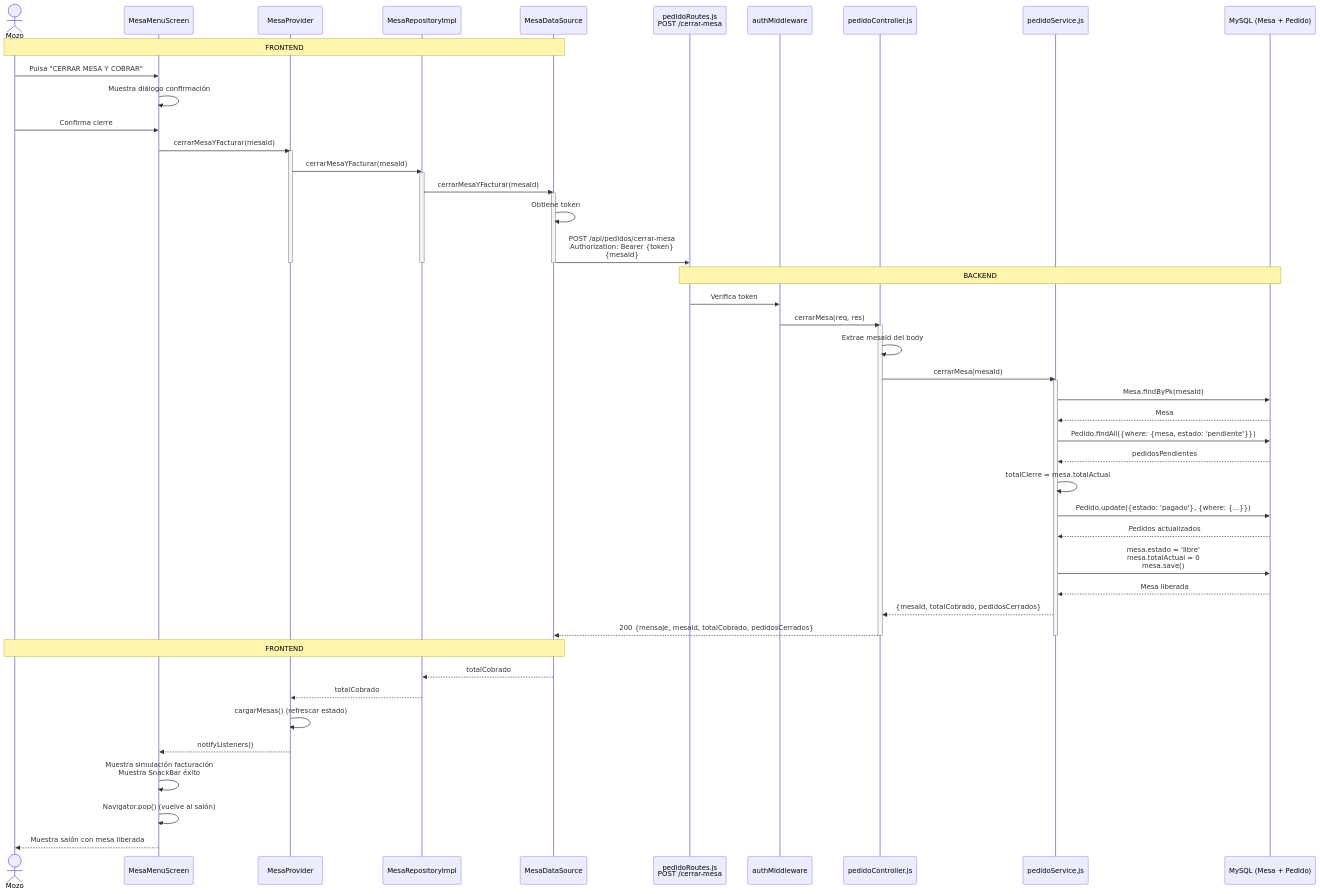
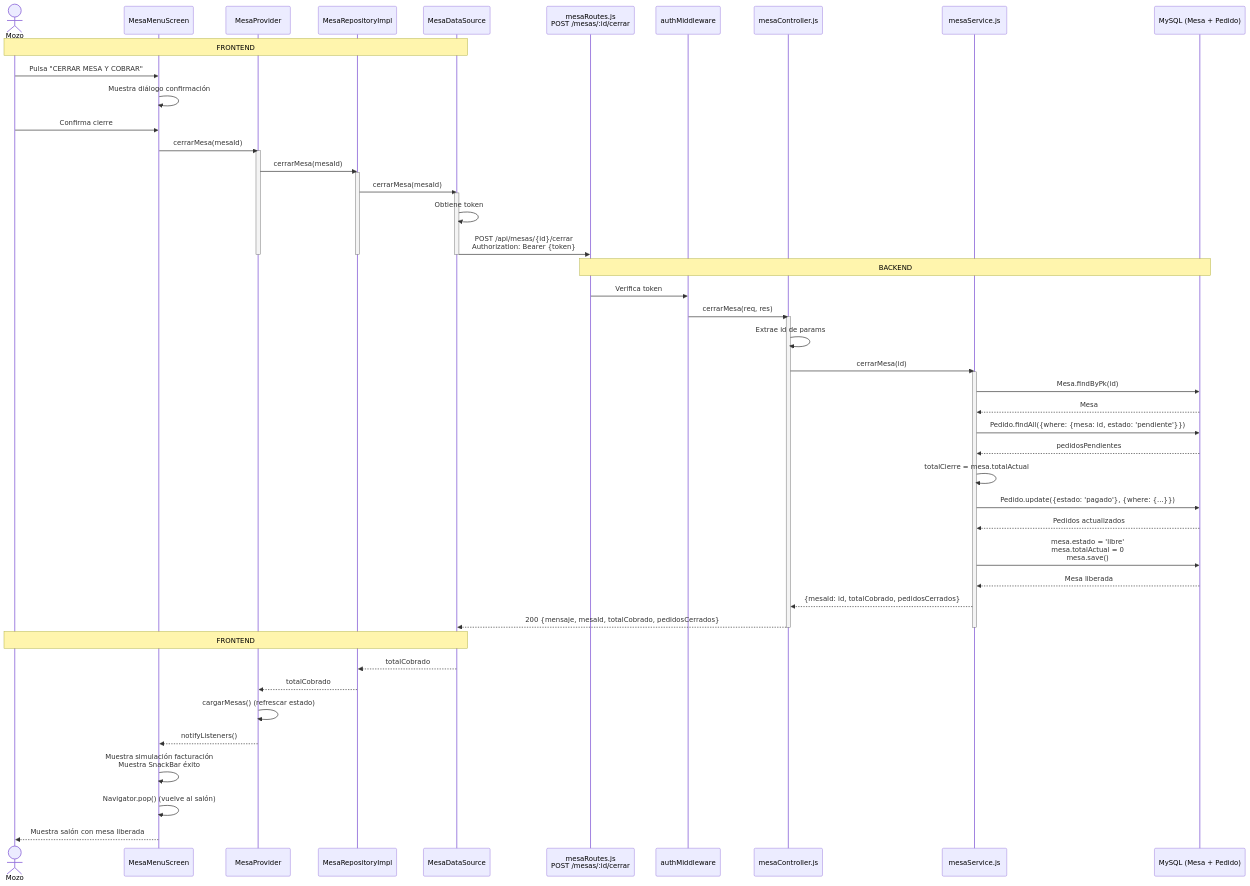
Before and after one commit to Dante-Patroni/el-buen-sabor-mobile: diagram 15 of 15 in docs/Diagramas_Flujo_Backend.md, drawn with Mermaid. The commit also changed other lines of this file and 41 other files, not shown here.

````diff
--- a/docs/Diagramas_Flujo_Backend.md
+++ b/docs/Diagramas_Flujo_Backend.md
@@ -1043,67 +1099,67 @@
 ```mermaid
 sequenceDiagram
     actor U as Mozo
     participant MM as MesaMenuScreen
     participant MP as MesaProvider
     participant MR as MesaRepositoryImpl
     participant MD as MesaDataSource
-    participant BR as pedidoRoutes.js<br/>POST /cerrar-mesa
+    participant BR as mesaRoutes.js<br/>POST /mesas/:id/cerrar
     participant AM as authMiddleware
-    participant PC as pedidoController.js
-    participant PS as pedidoService.js
+    participant PC as mesaController.js
+    participant PS as mesaService.js
     participant DB as MySQL (Mesa + Pedido)
 
     Note over U,MD: FRONTEND
     U ->> MM: Pulsa "CERRAR MESA Y COBRAR"
     MM ->> MM: Muestra diálogo confirmación
     U ->> MM: Confirma cierre
-    MM ->> MP: cerrarMesaYFacturar(mesaId)
+    MM ->> MP: cerrarMesa(mesaId)
     activate MP
-    MP ->> MR: cerrarMesaYFacturar(mesaId)
+    MP ->> MR: cerrarMesa(mesaId)
     activate MR
-    MR ->> MD: cerrarMesaYFacturar(mesaId)
+    MR ->> MD: cerrarMesa(mesaId)
     activate MD
     
     MD ->> MD: Obtiene token
-    MD ->> BR: POST /api/pedidos/cerrar-mesa<br/>Authorization: Bearer {token}<br/>{mesaId}
+    MD ->> BR: POST /api/mesas/{id}/cerrar<br/>Authorization: Bearer {token}
     deactivate MD
     deactivate MR
     deactivate MP
     
     Note over BR,DB: BACKEND
     BR ->> AM: Verifica token
     AM ->> PC: cerrarMesa(req, res)
     activate PC
     
-    PC ->> PC: Extrae mesaId del body
-    PC ->> PS: cerrarMesa(mesaId)
+    PC ->> PC: Extrae id de params
+    PC ->> PS: cerrarMesa(id)
     activate PS
     
-    PS ->> DB: Mesa.findByPk(mesaId)
+    PS ->> DB: Mesa.findByPk(id)
     DB -->> PS: Mesa
     
-    PS ->> DB: Pedido.findAll({where: {mesa, estado: 'pendiente'}})
+    PS ->> DB: Pedido.findAll({where: {mesa: id, estado: 'pendiente'}})
     DB -->> PS: pedidosPendientes
     
     PS ->> PS: totalCierre = mesa.totalActual
     
     PS ->> DB: Pedido.update({estado: 'pagado'}, {where: {...}})
     DB -->> PS: Pedidos actualizados
     
     PS ->> DB: mesa.estado = 'libre'<br/>mesa.totalActual = 0<br/>mesa.save()
     DB -->> PS: Mesa liberada
     
-    PS -->> PC: {mesaId, totalCobrado, pedidosCerrados}
+    PS -->> PC: {mesaId: id, totalCobrado, pedidosCerrados}
     PC -->> MD: 200 {mensaje, mesaId, totalCobrado, pedidosCerrados}
     deactivate PS
     deactivate PC
     
     Note over U,MD: FRONTEND
     MD -->> MR: totalCobrado
     MR -->> MP: totalCobrado
     MP ->> MP: cargarMesas() (refrescar estado)
     MP -->> MM: notifyListeners()
     MM ->> MM: Muestra simulación facturación<br/>Muestra SnackBar éxito
     MM ->> MM: Navigator.pop() (vuelve al salón)
     MM -->> U: Muestra salón con mesa liberada
 ```
````
